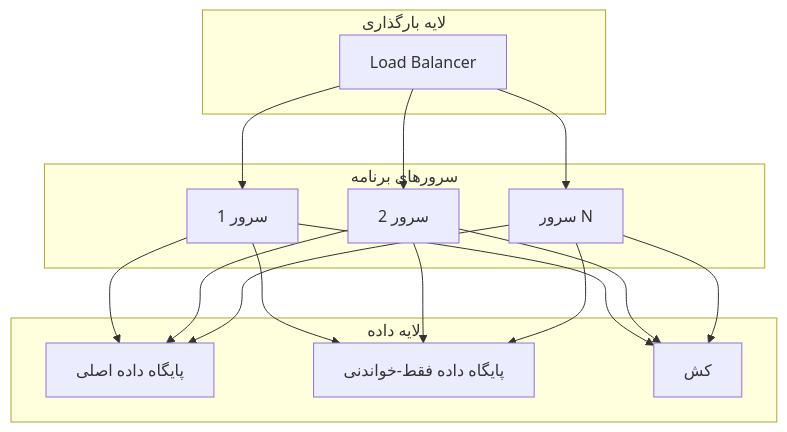
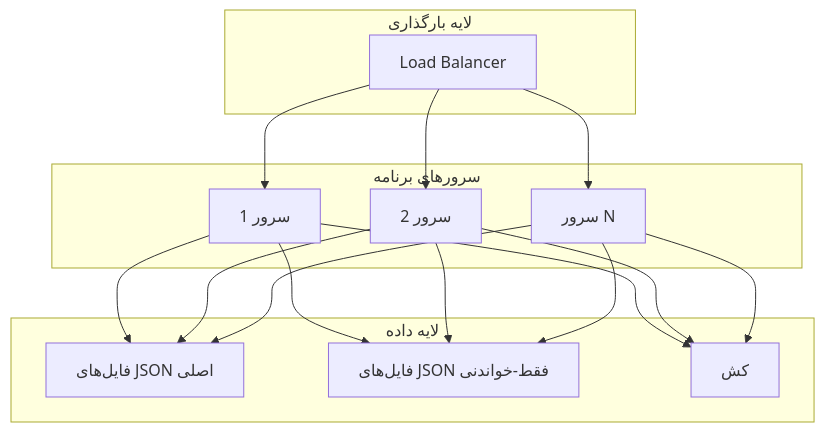
Diagram 17 of 18 in Docs/Architecture_doc.md (Shakour-Data/GravityManagement), drawn with Mermaid before and after one commit. The commit also changed other lines of this file and 2 other files, not shown here.

Commit message:
`Updated Architecture and Process documentation with new features and improvements`

````diff
--- a/Docs/Architecture_doc.md
+++ b/Docs/Architecture_doc.md
@@ -729,34 +903,34 @@
 ```mermaid
 graph TB
     subgraph "لایه بارگذاری"
         A[Load Balancer]
     end
-    
+
     subgraph "سرورهای برنامه"
         B[سرور 1]
         C[سرور 2]
         D[سرور N]
     end
-    
+
     subgraph "لایه داده"
-        E[پایگاه داده اصلی]
-        F[پایگاه داده فقط-خواندنی]
+        E[فایل‌های JSON اصلی]
+        F[فایل‌های JSON فقط-خواندنی]
         G[کش]
     end
-    
+
     A --> B
     A --> C
     A --> D
-    
+
     B --> E
     C --> E
     D --> E
-    
+
     B --> F
     C --> F
     D --> F
-    
+
     B --> G
     C --> G
     D --> G
 ```
````
